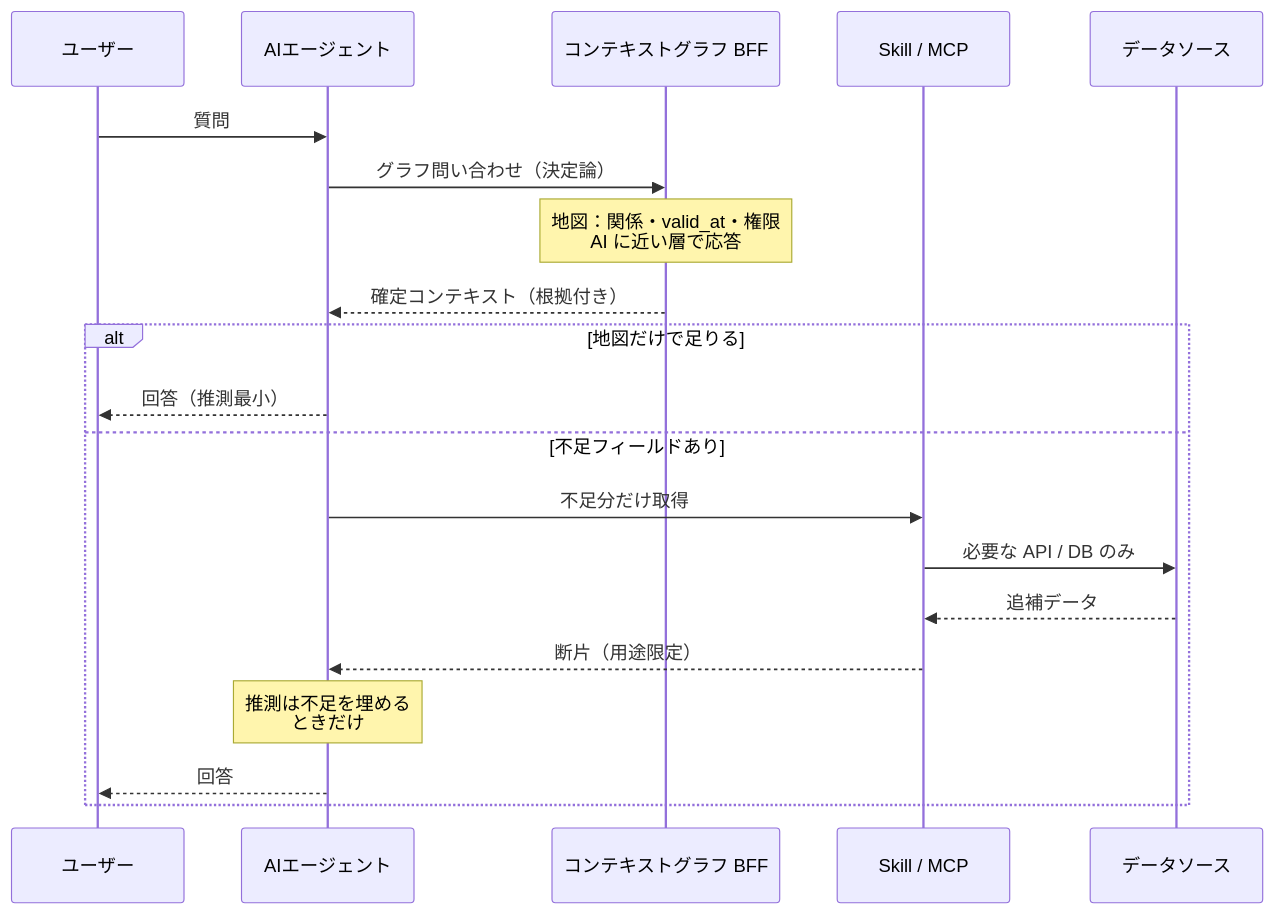
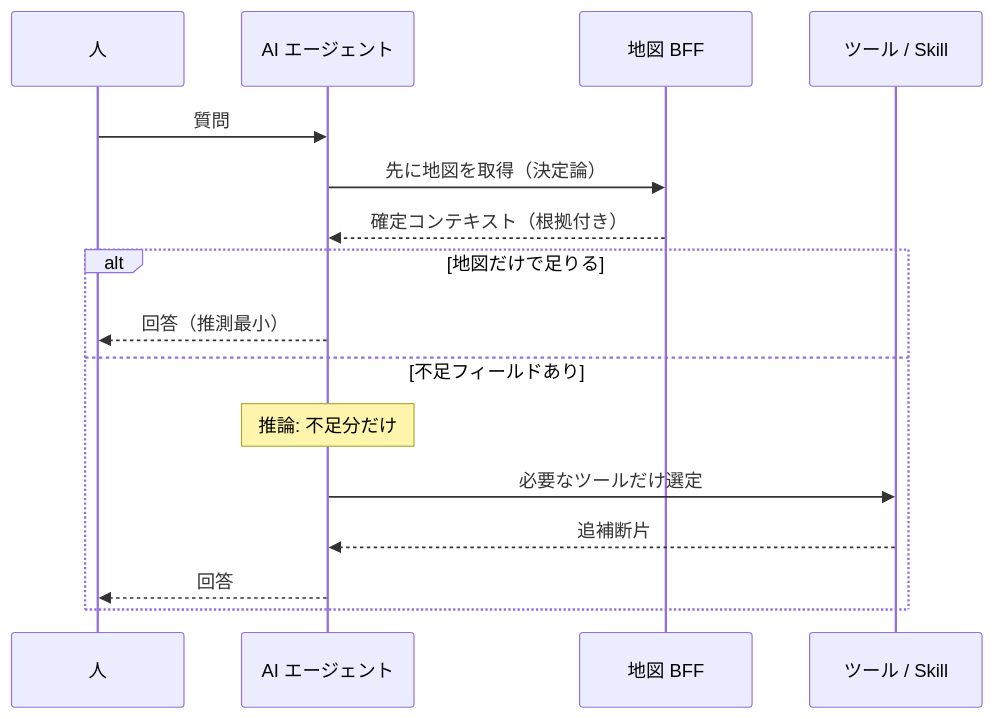
The second of 6 diagrams in articles/kg-puzzle-agent-langgraph.md (DevRev-JP/tech-blog), drawn with Mermaid before and after one commit. The commit also changed other lines of this file and 1 other file, not shown here.

First line of the commit message:
Update kg-puzzle-agent-langgraph: 図の差別化と Part0 矛盾論点

````diff
--- a/articles/kg-puzzle-agent-langgraph.md
+++ b/articles/kg-puzzle-agent-langgraph.md
@@ -109,24 +103,19 @@
 ```mermaid
 sequenceDiagram
-    participant User as ユーザー
-    participant AI as AIエージェント
-    participant BFF as コンテキストグラフ BFF
-    participant Skill as Skill / MCP
-    participant Src as データソース
+    participant H as 人
+    participant AI as AI エージェント
+    participant BFF as 地図 BFF
+    participant T as ツール / Skill
 
-    User->>AI: 質問
-    AI->>BFF: グラフ問い合わせ（決定論）
-    Note over BFF: 地図：関係・valid_at・権限<br/>AI に近い層で応答
+    H->>AI: 質問
+    AI->>BFF: 先に地図を取得（決定論）
     BFF-->>AI: 確定コンテキスト（根拠付き）
-
     alt 地図だけで足りる
-        AI-->>User: 回答（推測最小）
+        AI-->>H: 回答（推測最小）
     else 不足フィールドあり
-        AI->>Skill: 不足分だけ取得
-        Skill->>Src: 必要な API / DB のみ
-        Src-->>Skill: 追補データ
-        Skill-->>AI: 断片（用途限定）
-        Note over AI: 推測は不足を埋める<br/>ときだけ
-        AI-->>User: 回答
+        Note over AI: 推論: 不足分だけ
+        AI->>T: 必要なツールだけ選定
+        T-->>AI: 追補断片
+        AI-->>H: 回答
     end
 ```
````
